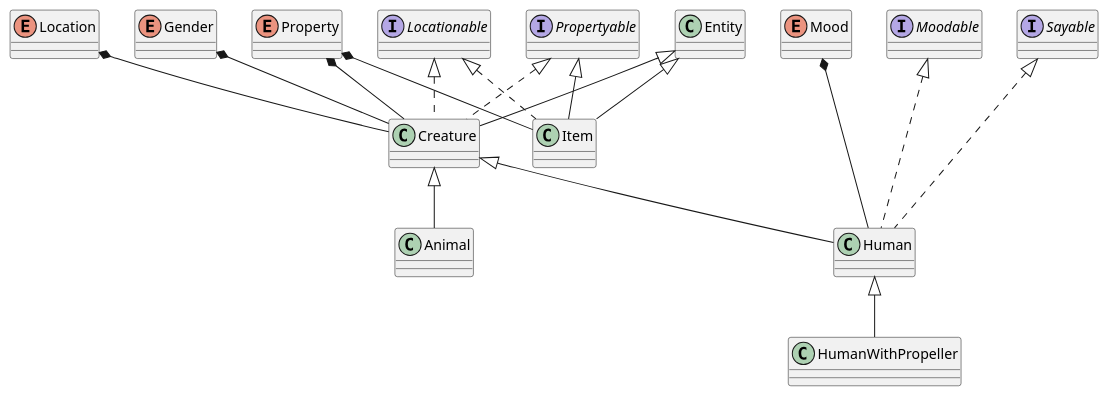
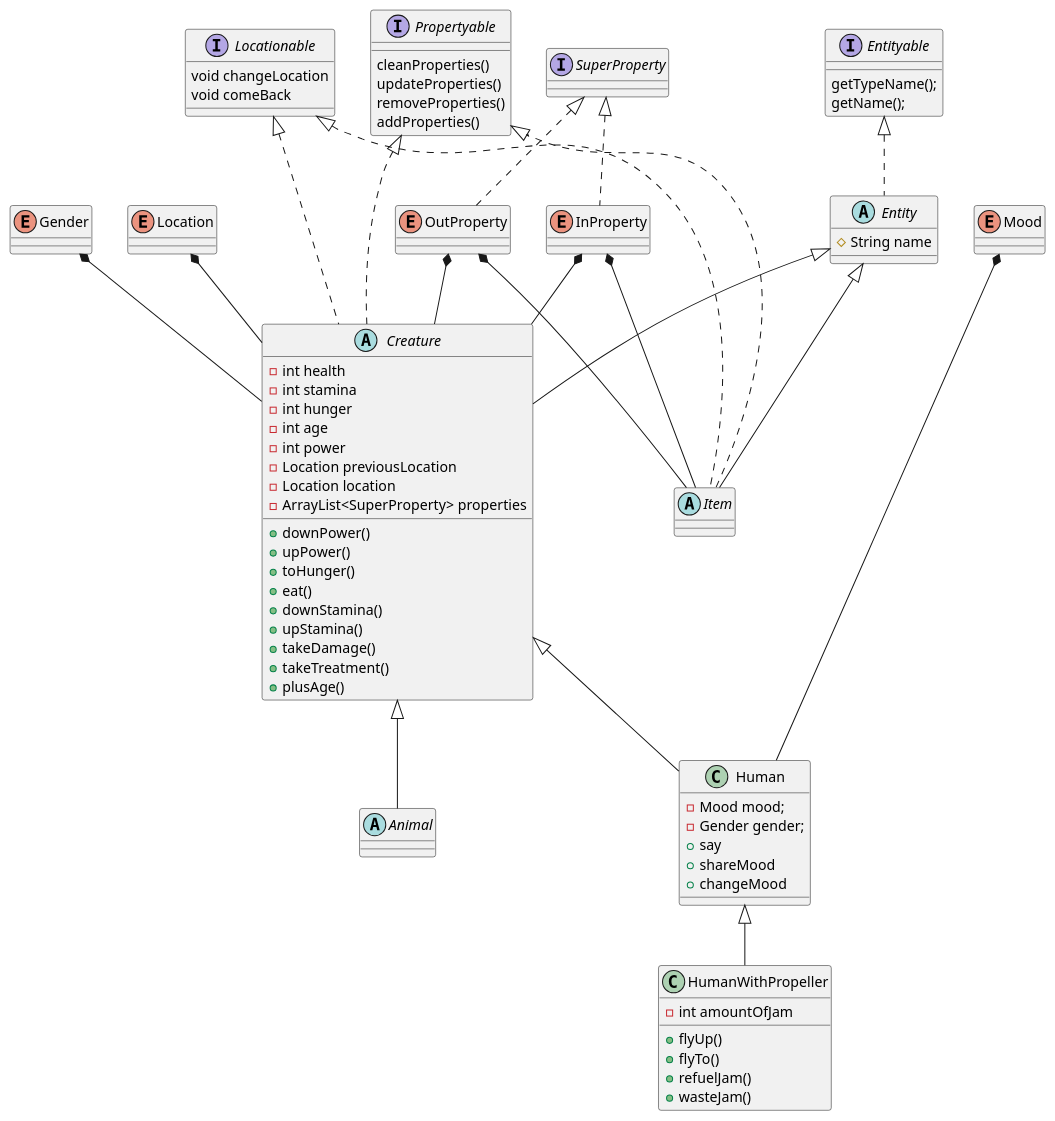
The diagram in UML.puml (IlyaKonFetka/lab3), drawn with PlantUML before and after one commit. The commit also changed 4 other files, not shown here.

```diff
--- a/UML.puml
+++ b/UML.puml
@@ -1,41 +1,85 @@
 @startuml
 'https://plantuml.com/sequence-diagram
-class Human
-class Animal
-class Creature
-class HumanWithPropeller
-class Item
-class Entity
-
+class Human{
+    -Mood mood;
+    -Gender gender;
+    +say
+    +shareMood
+    +changeMood
+}
+abstract class Animal
+abstract class Creature{
+    -int health
+    -int stamina
+    -int hunger
+    -int age
+    -int power
+    -Location previousLocation
+    -Location location
+    -ArrayList<SuperProperty> properties
+    +downPower()
+    +upPower()
+    +toHunger()
+    +eat()
+    +downStamina()
+    +upStamina()
+    +takeDamage()
+    +takeTreatment()
+    +plusAge()
+}
+class HumanWithPropeller{
+    -int amountOfJam
+    +flyUp()
+    +flyTo()
+    +refuelJam()
+    +wasteJam()
+}
+abstract class Item
+abstract class Entity{
+    #String name
+}
 enum Gender
 enum Location
 enum Mood
-enum Property
+enum InProperty
+enum OutProperty
 
-Interface Locationable
-Interface Moodable
-Interface Propertyable
-Interface Sayable
+Interface Locationable{
+    void changeLocation
+    void comeBack
+}
+Interface Entityable{
+    getTypeName();
+    getName();
+}
+Interface Propertyable{
+    cleanProperties()
+    updateProperties()
+    removeProperties()
+    addProperties()
+}
+Interface SuperProperty
 
 Gender *-- Creature
 Location *-- Creature
 Mood *--- Human
-Property *-- Creature
-Property *-- Item
+InProperty *-- Creature
+InProperty *-- Item
+OutProperty *-- Creature
+OutProperty *-- Item
 
-Sayable <|... Human
+Entityable <|.. Entity
 Locationable <|.. Creature
+Propertyable <|... Item
+Locationable <|... Item
+SuperProperty <|..InProperty
+SuperProperty <|..OutProperty
 Propertyable <|.. Creature
-Moodable <|... Human
-Propertyable <|-- Item
-Locationable <|.. Item
 
 Entity <|-- Creature
 Creature <|-- Human
 Creature <|-- Animal
 Human <|-- HumanWithPropeller
 Entity <|-- Item
 
-
-
 @enduml
```
